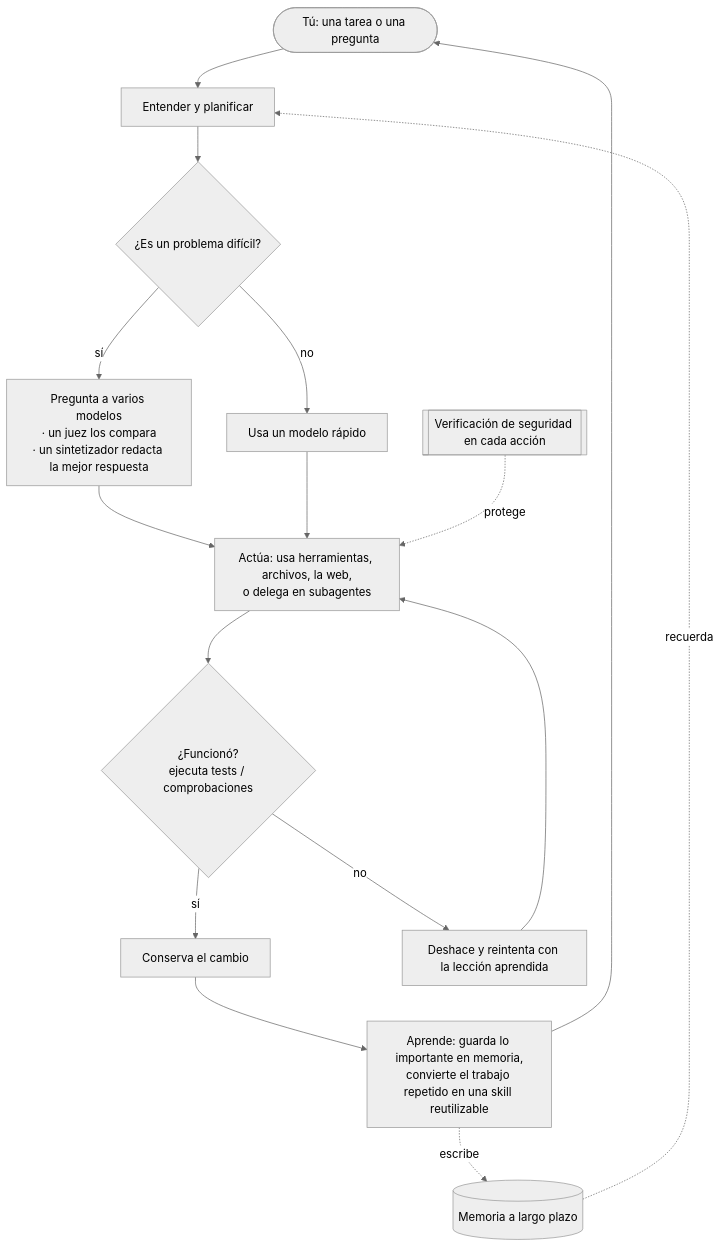
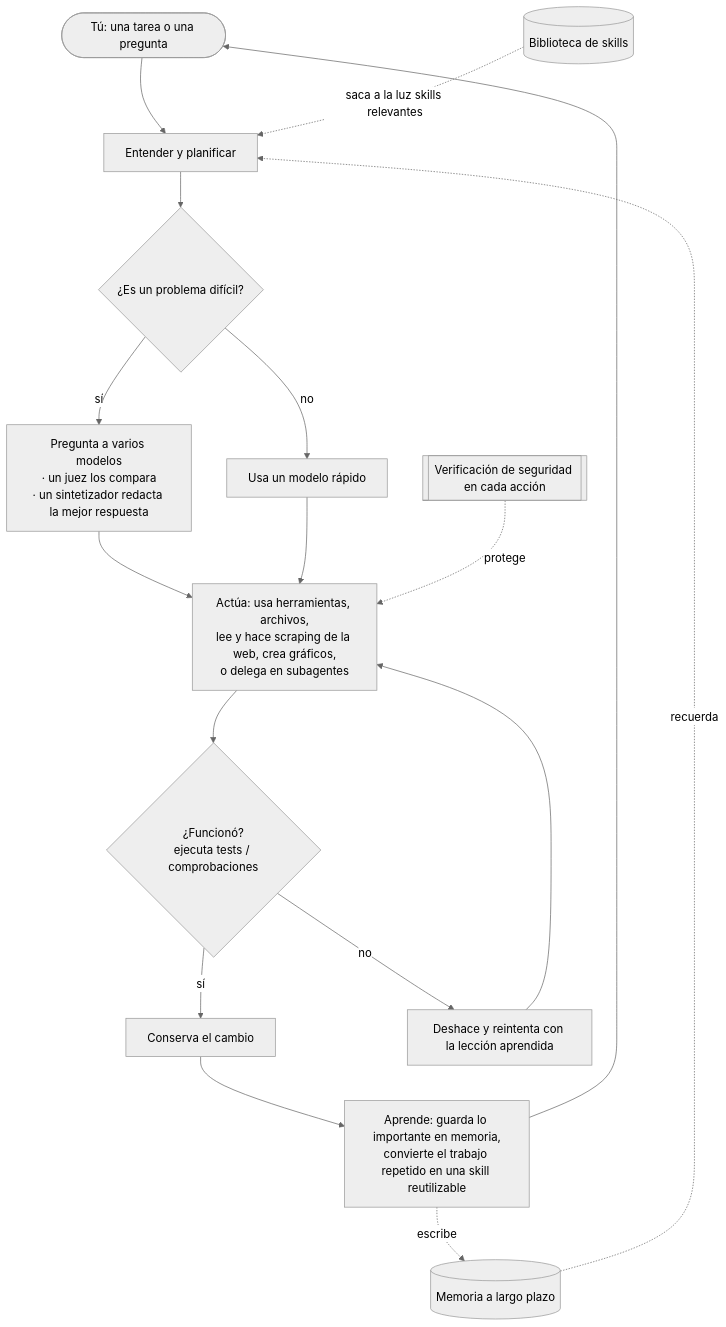
Before and after one commit to brcampidelli/chimera-agent: the diagram in README.es.md, drawn with Mermaid (neutral theme). The commit also changed other lines of this file and 6 other files, not shown here.

````diff
--- a/README.es.md
+++ b/README.es.md
@@ -183,18 +185,19 @@
 ```mermaid
 flowchart TD
     U([Tú: una tarea o una pregunta]) --> P[Entender y planificar]
     P --> Q{¿Es un problema difícil?}
     Q -- sí --> FUSION[Pregunta a varios modelos<br/>· un juez los compara<br/>· un sintetizador redacta la mejor respuesta]
     Q -- no --> ONE[Usa un modelo rápido]
-    FUSION --> ACT[Actúa: usa herramientas, archivos, la web,<br/>o delega en subagentes]
+    FUSION --> ACT[Actúa: usa herramientas, archivos,<br/>lee y hace scraping de la web, crea gráficos,<br/>o delega en subagentes]
     ONE --> ACT
     ACT --> V{¿Funcionó?<br/>ejecuta tests / comprobaciones}
     V -- sí --> KEEP[Conserva el cambio]
     V -- no --> REVERT[Deshace y reintenta con la lección aprendida]
     REVERT --> ACT
     KEEP --> LEARN[Aprende: guarda lo importante en memoria,<br/>convierte el trabajo repetido en una skill reutilizable]
     LEARN --> U
     MEM[(Memoria a largo plazo)] -. recuerda .-> P
     LEARN -. escribe .-> MEM
+    SKILLS[(Biblioteca de skills)] -. saca a la luz skills relevantes .-> P
     GOV[[Verificación de seguridad en cada acción]] -. protege .-> ACT
 ```
````
